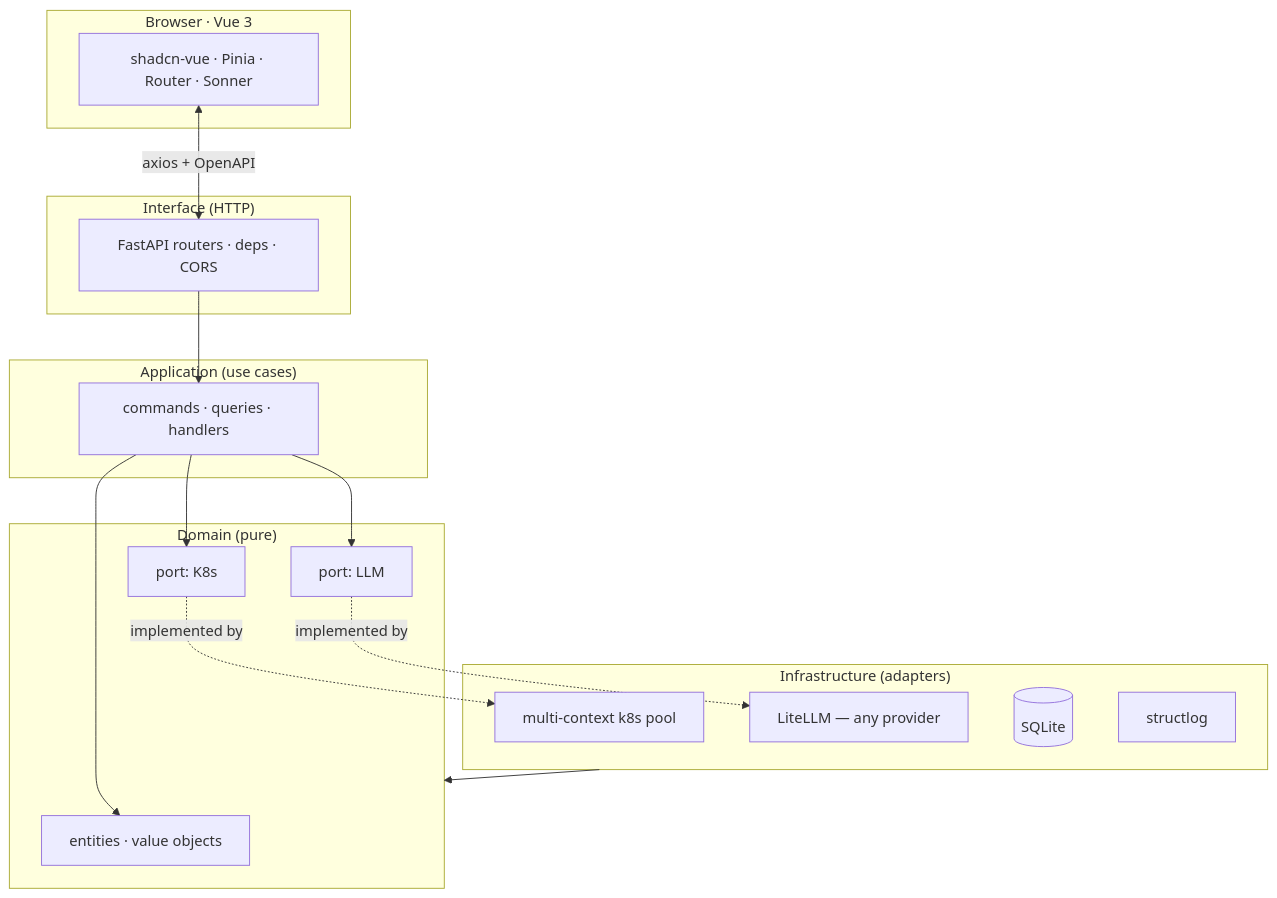
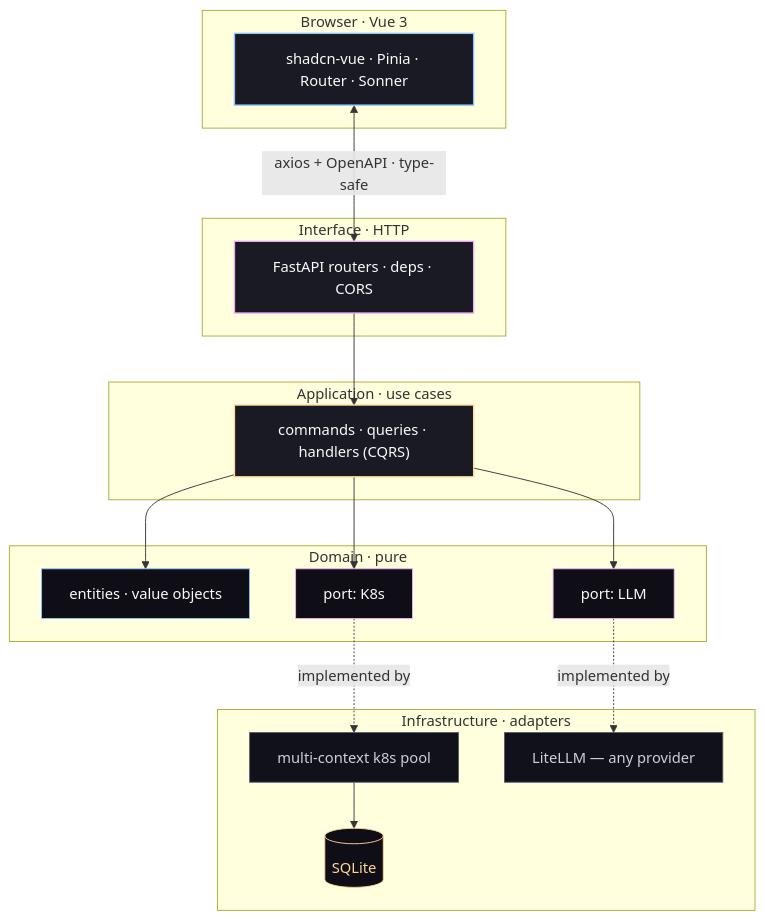
Before and after one commit to mcgrapeng/Spotlight: the diagram in README.md, drawn with Mermaid. The commit also changed other lines of this file and 2 other files, not shown here.

````diff
--- a/README.md
+++ b/README.md
@@ -129,35 +234,42 @@
 ```mermaid
 flowchart TB
+  classDef ui    fill:#1A1A24,stroke:#8EC5FF,stroke-width:1.5px,color:#FAFAFA
+  classDef api   fill:#1A1A24,stroke:#EFADF7,stroke-width:1.5px,color:#FAFAFA
+  classDef app   fill:#1A1A24,stroke:#FFD69B,stroke-width:1.5px,color:#FAFAFA
+  classDef dom   fill:#0F0E16,stroke:#8EC5FF,stroke-width:1px,color:#FAFAFA
+  classDef port  fill:#0F0E16,stroke:#EFADF7,stroke-width:1px,color:#FAFAFA
+  classDef infra fill:#11111A,stroke:#5A5A75,stroke-width:1px,color:#CFCFD8
+  classDef store fill:#0F0E16,stroke:#FFD69B,stroke-width:1px,color:#FFD69B
+
   subgraph Browser["Browser · Vue 3"]
-    UI[shadcn-vue · Pinia · Router · Sonner]
+    UI["shadcn-vue · Pinia · Router · Sonner"]:::ui
   end
 
-  subgraph Edge["Interface (HTTP)"]
-    API[FastAPI routers · deps · CORS]
+  subgraph Edge["Interface · HTTP"]
+    API["FastAPI routers · deps · CORS"]:::api
   end
 
-  subgraph App["Application (use cases)"]
-    UC[commands · queries · handlers]
+  subgraph App["Application · use cases"]
+    UC["commands · queries · handlers (CQRS)"]:::app
   end
 
-  subgraph Dom["Domain (pure)"]
-    ENT[entities · value objects]
-    PORT_K[port: K8s]
-    PORT_L[port: LLM]
+  subgraph Dom["Domain · pure"]
+    ENT["entities · value objects"]:::dom
+    PK["port: K8s"]:::port
+    PL["port: LLM"]:::port
   end
 
-  subgraph Infra["Infrastructure (adapters)"]
-    K8S[multi-context k8s pool]
-    LLM[LiteLLM — any provider]
-    DB[(SQLite)]
-    LOG[structlog]
+  subgraph Infra["Infrastructure · adapters"]
+    K8S["multi-context k8s pool"]:::infra
+    LLM["LiteLLM — any provider"]:::infra
+    DB[("SQLite")]:::store
   end
 
-  UI <-->|axios + OpenAPI| API
+  UI <-->|"axios + OpenAPI · type-safe"| API
   API --> UC
   UC --> ENT
-  UC --> PORT_K & PORT_L
-  PORT_K -.implemented by.-> K8S
-  PORT_L -.implemented by.-> LLM
-  Infra --> Dom
+  UC --> PK & PL
+  PK -. implemented by .-> K8S
+  PL -. implemented by .-> LLM
+  K8S --> DB
 ```
````
